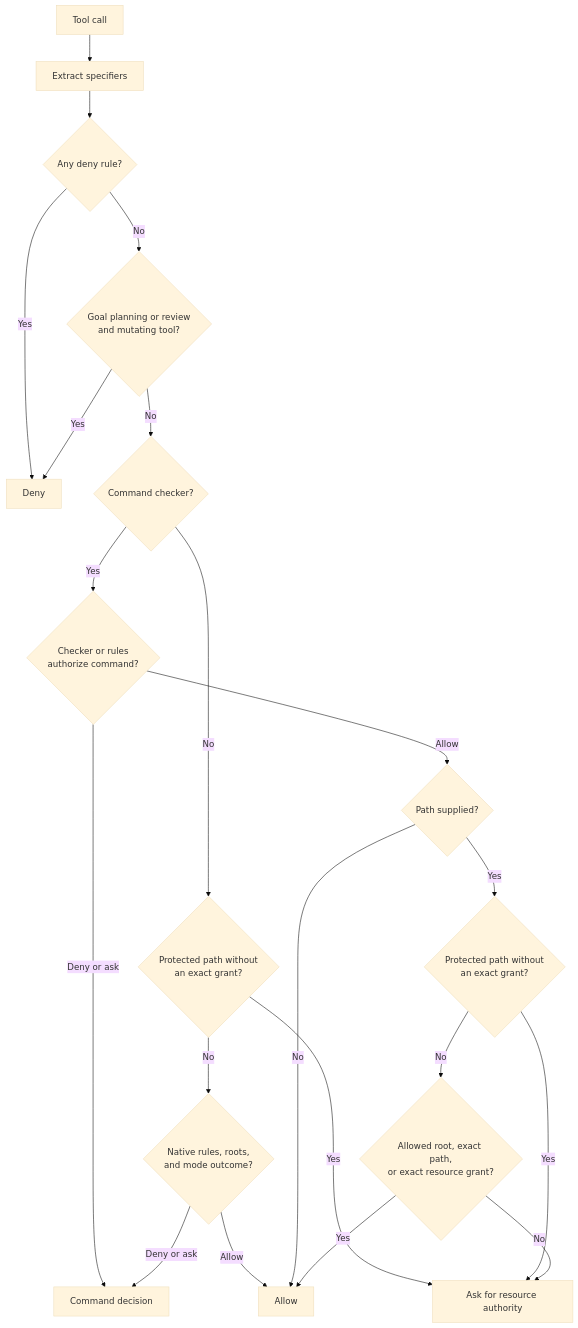
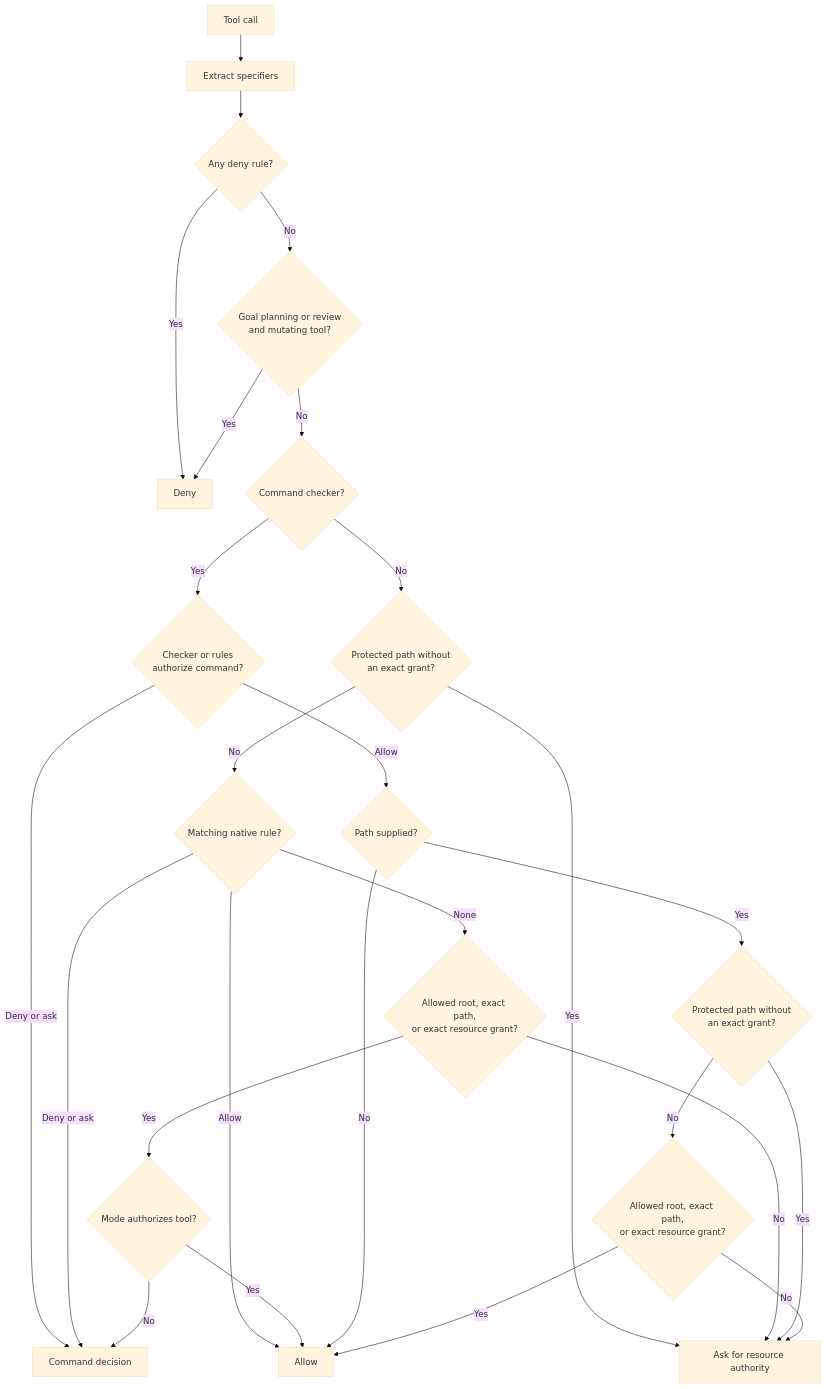
Before and after one commit to FrauH0lle/mevedel: the diagram in docs/permissions.md, drawn with Mermaid (base theme). The commit also changed other lines of this file and 6 other files, not shown here.

Commit message:
fix: layer native edit mode authority

````diff
--- a/docs/permissions.md
+++ b/docs/permissions.md
@@ -5,23 +5,28 @@
 ```mermaid
 flowchart TD
     A[Tool call] --> B[Extract specifiers]
     B --> C{Any deny rule?}
     C -- Yes --> Z[Deny]
     C -- No --> D{Goal planning or review<br/>and mutating tool?}
     D -- Yes --> Z
     D -- No --> E{Command checker?}
     E -- Yes --> F{Checker or rules<br/>authorize command?}
     F -- Deny or ask --> Q[Command decision]
     F -- Allow --> G{Path supplied?}
     E -- No --> N{Protected path without<br/>an exact grant?}
     N -- Yes --> X[Ask for resource authority]
-    N -- No --> H{Native rules, roots,<br/>and mode outcome?}
+    N -- No --> H{Matching native rule?}
     H -- Deny or ask --> Q
     H -- Allow --> Y
+    H -- None --> J{Allowed root, exact path,<br/>or exact resource grant?}
+    J -- No --> X
+    J -- Yes --> K{Mode authorizes tool?}
+    K -- Yes --> Y
+    K -- No --> Q
     G -- No --> Y[Allow]
     G -- Yes --> I{Protected path without<br/>an exact grant?}
     I -- Yes --> X[Ask for resource authority]
-    I -- No --> J{Allowed root, exact path,<br/>or exact resource grant?}
-    J -- Yes --> Y
-    J -- No --> X
+    I -- No --> L{Allowed root, exact path,<br/>or exact resource grant?}
+    L -- Yes --> Y
+    L -- No --> X
 ```
````
